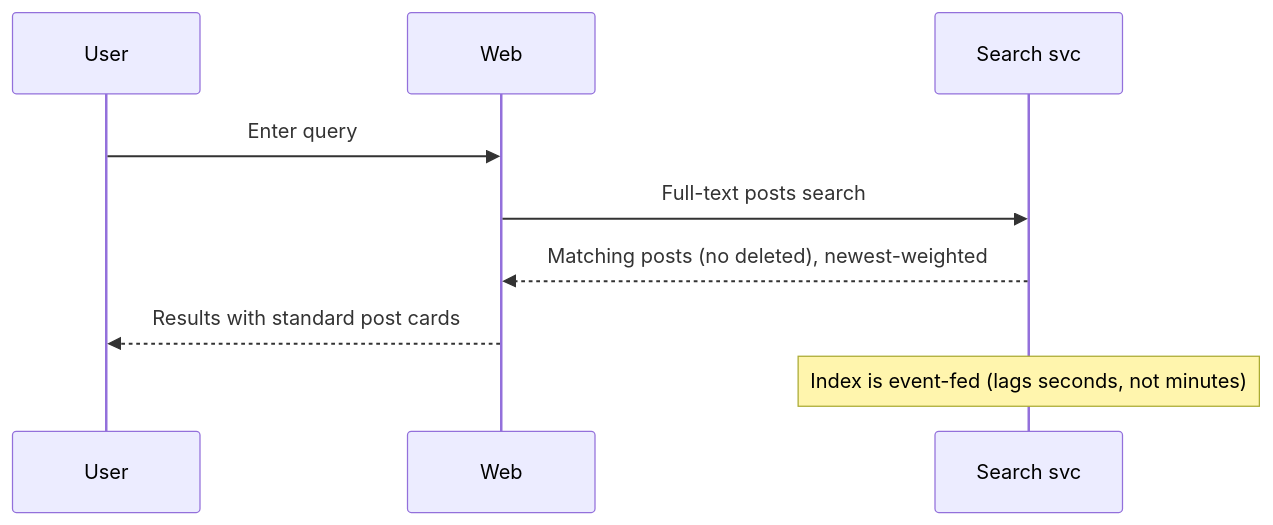
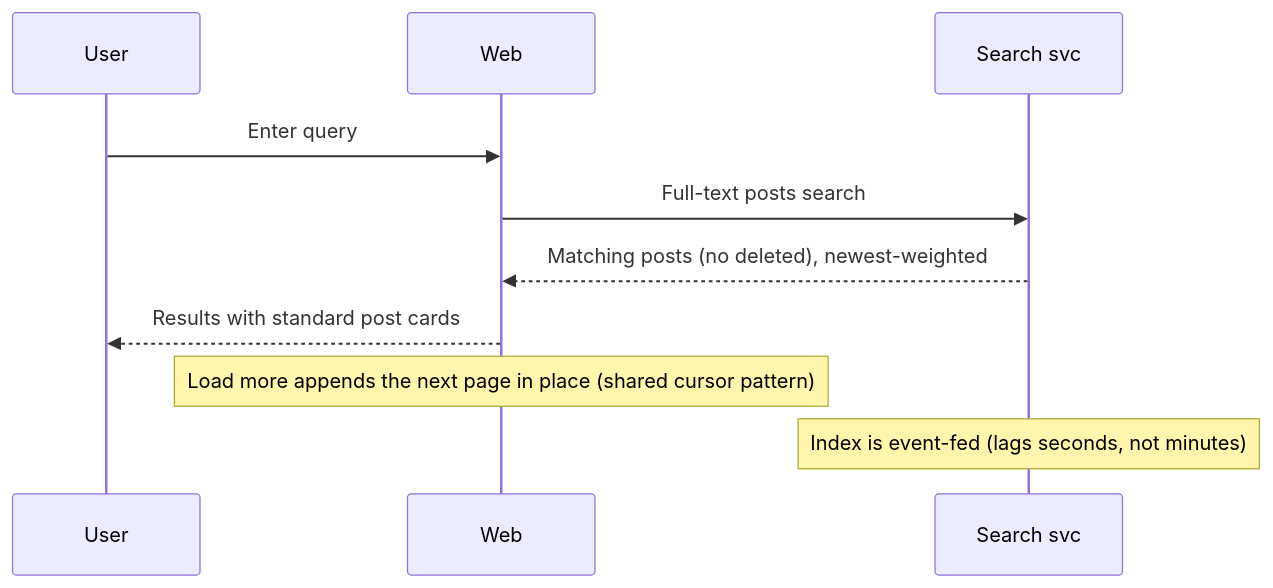
One commit to jdc-projects/xitter changed the eighth of 9 diagrams in docs/specs/product/03-user-flows.md. Above: the diagram before and after it, drawn with Mermaid. The commit also changed other lines of this file and 2 other files, not shown here.

````diff
--- a/docs/specs/product/03-user-flows.md
+++ b/docs/specs/product/03-user-flows.md
@@ -132,11 +132,12 @@
 ```mermaid
 sequenceDiagram
     participant U as User
     participant W as Web
     participant SE as Search svc
     U->>W: Enter query
     W->>SE: Full-text posts search
     SE-->>W: Matching posts (no deleted), newest-weighted
     W-->>U: Results with standard post cards
+    Note over W: Load more appends the next page in place (shared cursor pattern)
     Note over SE: Index is event-fed (lags seconds, not minutes)
 ```
````
